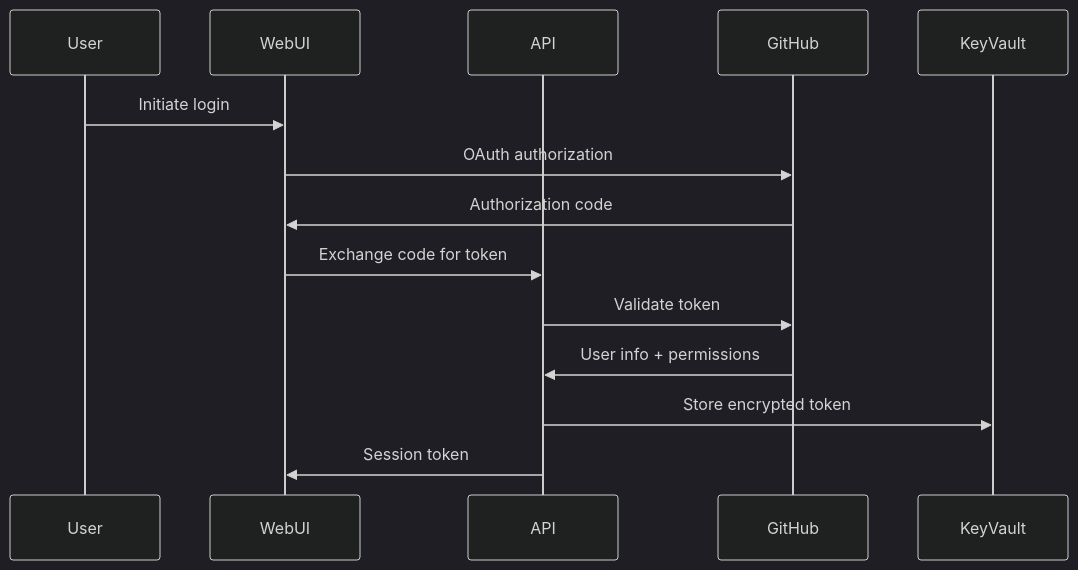
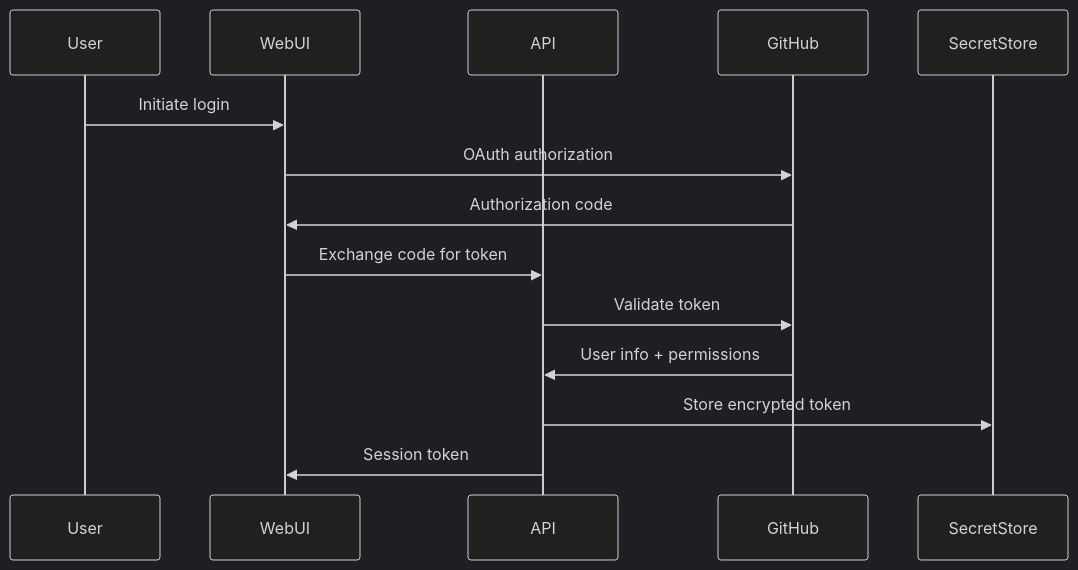
The fourth of 4 diagrams in docs/spec/architecture/system-overview.md (pvandervelde/repo_roller), drawn with Mermaid (dark theme) before and after one commit. The commit also changed other lines of this file and 14 other files, not shown here.

````diff
--- a/docs/spec/architecture/system-overview.md
+++ b/docs/spec/architecture/system-overview.md
@@ -255,17 +246,17 @@
 ```mermaid
 sequenceDiagram
     participant User
     participant WebUI
     participant API
     participant GitHub
-    participant KeyVault
+    participant SecretStore
 
     User->>WebUI: Initiate login
     WebUI->>GitHub: OAuth authorization
     GitHub->>WebUI: Authorization code
     WebUI->>API: Exchange code for token
     API->>GitHub: Validate token
     GitHub->>API: User info + permissions
-    API->>KeyVault: Store encrypted token
+    API->>SecretStore: Store encrypted token
     API->>WebUI: Session token
 ```
````
